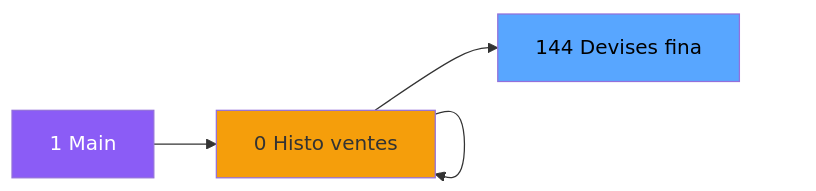
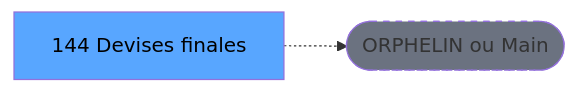
The second of 3 diagrams in .openspec/renders/ADH-IDE-144.md (thonyAGP/lecteur-magic), drawn with Mermaid before and after one commit. The commit also changed other lines of this file and 701 other files, not shown here.

````diff
--- a/.openspec/renders/ADH-IDE-144.md
+++ b/.openspec/renders/ADH-IDE-144.md
@@ -110,23 +120,8 @@
 ```mermaid
 graph LR
-    M[1 Main]
-    N0[0 Appel Print ]
-    N0[0 Histo ventes]
-    N0[0 Histo ventes]
-    N0[0 Histo ventes]
-    N0[0 Histo ventes]
-    T[144 Devises fina]
-    M --> N0
-    N0 --> N0
-    N0 --> N0
-    N0 --> N0
-    N0 --> N0
-    N0 --> T
-    style M fill:#8b5cf6,color:#fff
-    style N0 fill:#f59e0b
-    style N0 fill:#f59e0b
-    style N0 fill:#f59e0b
-    style N0 fill:#f59e0b
-    style N0 fill:#f59e0b
+    T[144 Devises finales]
+    ORPHAN([ORPHELIN ou Main])
+    T -.-> ORPHAN
     style T fill:#58a6ff,color:#000
+    style ORPHAN fill:#6b7280,stroke-dasharray: 5 5
 ```
````
